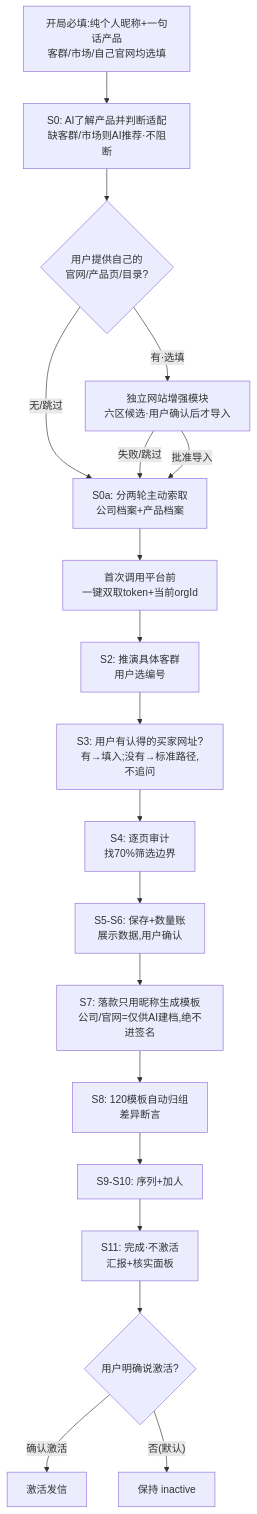
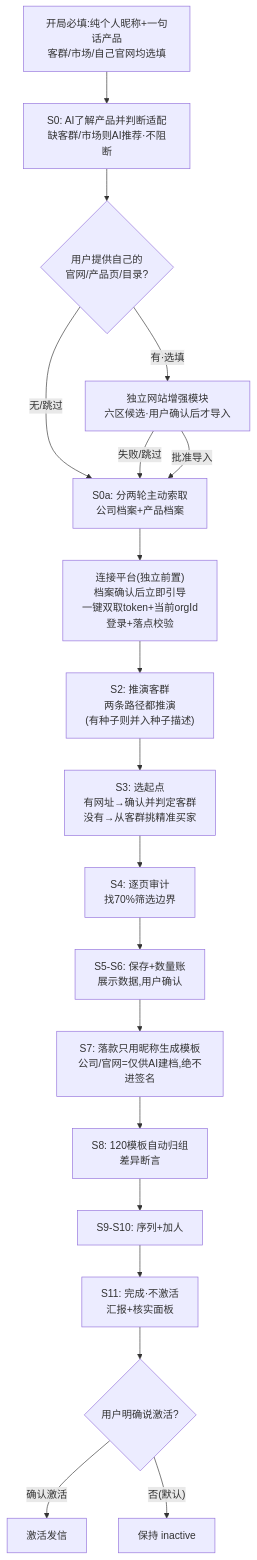
One commit to tony-apan/laifaxin-b2b-sales changed the diagram in SKILL.md. Above: the diagram before and after it, drawn with Mermaid. The commit also changed other lines of this file and 15 other files, not shown here.

````diff
--- a/SKILL.md
+++ b/SKILL.md
@@ -25,21 +25,21 @@
 ```mermaid
 flowchart TD
     N["开局必填:纯个人昵称+一句话产品<br/>客群/市场/自己官网均选填"] --> S0["S0: AI了解产品并判断适配<br/>缺客群/市场则AI推荐·不阻断"]
     S0 --> W{"用户提供自己的<br/>官网/产品页/目录?"}
     W -- "无/跳过" --> S0A["S0a: 分两轮主动索取<br/>公司档案+产品档案"]
     W -- "有·选填" --> WP["独立网站增强模块<br/>六区候选·用户确认后才导入"]
     WP -- "失败/跳过" --> S0A
     WP -- "批准导入" --> S0A
-    S0A --> T["首次调用平台前<br/>一键双取token+当前orgId"]
-    T --> S2["S2: 推演具体客群<br/>用户选编号"]
-    S2 --> S3["S3: 用户有认得的买家网址?<br/>有→填入;没有→标准路径,不追问"]
+    S0A --> T["连接平台(独立前置)<br/>档案确认后立即引导<br/>一键双取token+当前orgId<br/>登录+落点校验"]
+    T --> S2["S2: 推演客群<br/>两条路径都推演<br/>(有种子则并入种子描述)"]
+    S2 --> S3["S3: 选起点<br/>有网址→确认并判定客群<br/>没有→从客群挑精准买家"]
     S3 --> S4["S4: 逐页审计<br/>找70%筛选边界"]
     S4 --> S5["S5-S6: 保存+数量账<br/>展示数据,用户确认"]
     S5 --> S7["S7: 落款只用昵称生成模板<br/>公司/官网=仅供AI建档,绝不进签名"]
     S7 --> S8["S8: 120模板自动归组<br/>差异断言"]
     S8 --> S9["S9-S10: 序列+加人"]
     S9 --> S11["S11: 完成·不激活<br/>汇报+核实面板"]
     S11 --> S12{"用户明确说激活?"}
     S12 -- "确认激活" --> ACT["激活发信"]
     S12 -- "否(默认)" --> WAIT["保持 inactive"]
 ```
````
